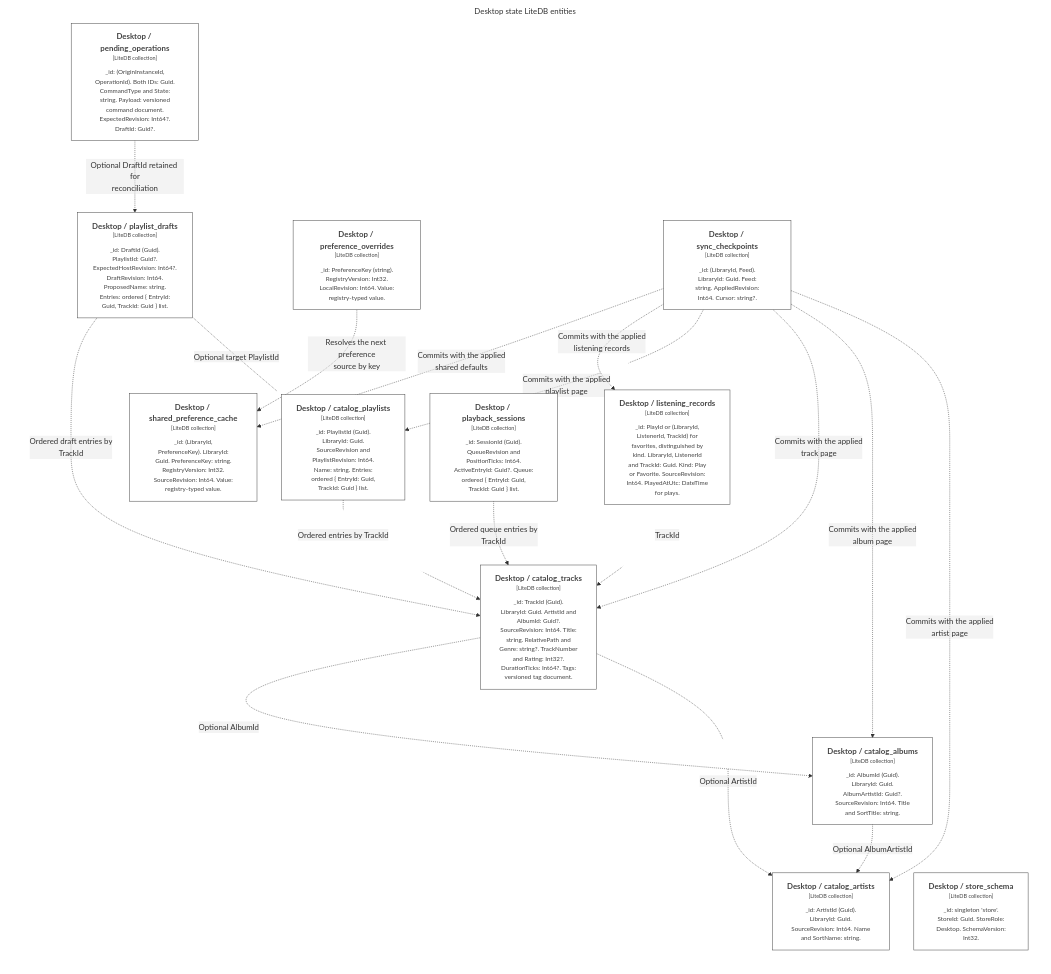
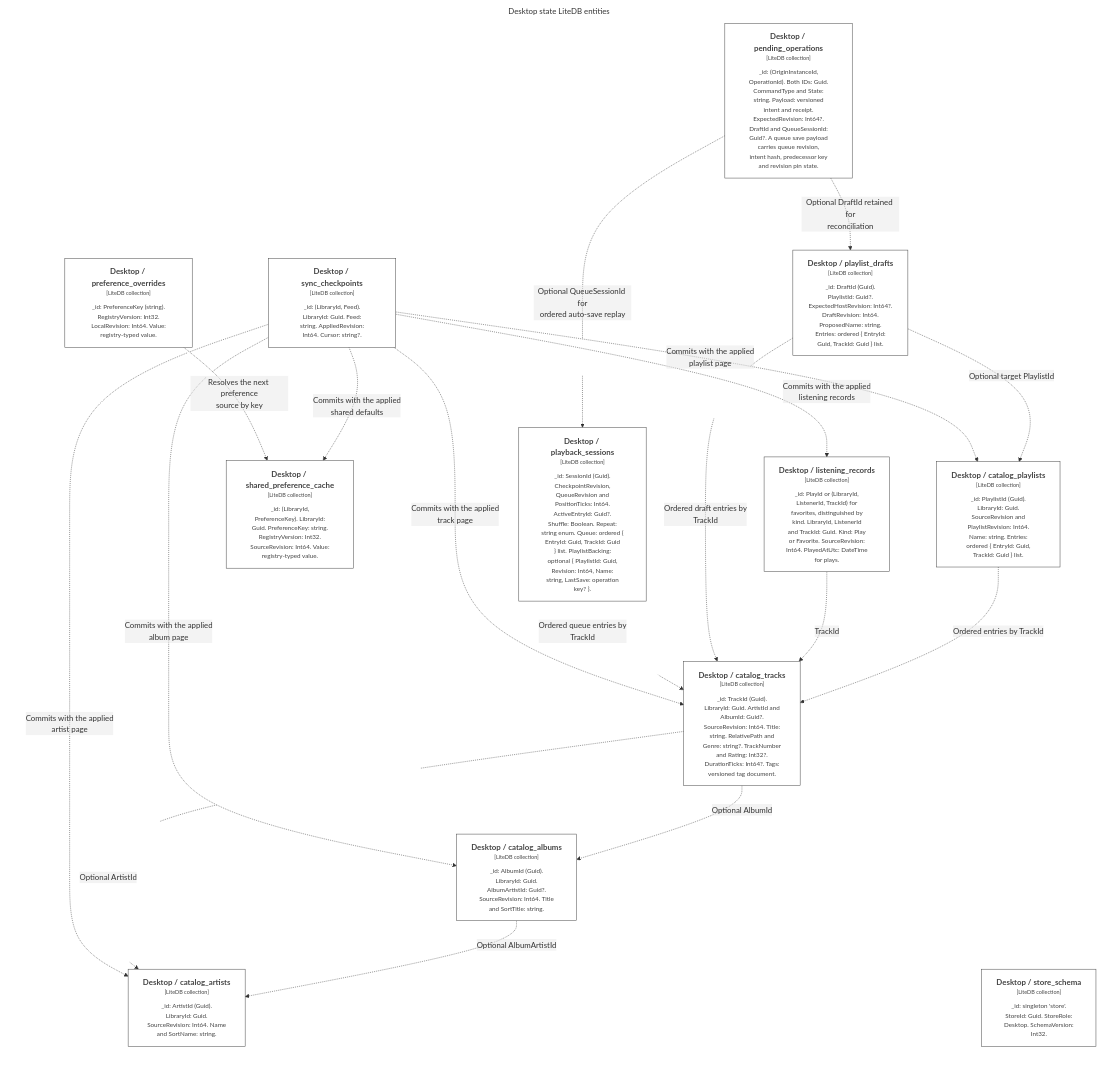
The fifth of 13 diagrams in docs/Project/wiki/github/C4-Views.md (sharpninja/beets-man), drawn with Mermaid before and after one commit. The commit also changed other lines of this file and 229 other files, not shown here.

First line of the commit message:
feat: checkpoint desktop library workflows

````diff
--- a/docs/Project/wiki/github/C4-Views.md
+++ b/docs/Project/wiki/github/C4-Views.md
@@ -254,51 +277,52 @@
 ```mermaid
 graph LR
   linkStyle default fill:#ffffff
 
   subgraph diagram ["Desktop state LiteDB entities"]
     style diagram fill:#ffffff,stroke:#ffffff
 
-    111["<div style='font-weight: bold'>Desktop / catalog_artists</div><div style='font-size: 70%; margin-top: 0px'>[LiteDB collection]</div><div style='font-size: 80%; margin-top:10px'>_id: ArtistId (Guid).<br />LibraryId: Guid.<br />SourceRevision: Int64. Name<br />and SortName: string.</div>"]
-    style 111 fill:#ffffff,stroke:#444444,color:#444444
-    112["<div style='font-weight: bold'>Desktop / catalog_albums</div><div style='font-size: 70%; margin-top: 0px'>[LiteDB collection]</div><div style='font-size: 80%; margin-top:10px'>_id: AlbumId (Guid).<br />LibraryId: Guid.<br />AlbumArtistId: Guid?.<br />SourceRevision: Int64. Title<br />and SortTitle: string.</div>"]
-    style 112 fill:#ffffff,stroke:#444444,color:#444444
-    113["<div style='font-weight: bold'>Desktop / catalog_tracks</div><div style='font-size: 70%; margin-top: 0px'>[LiteDB collection]</div><div style='font-size: 80%; margin-top:10px'>_id: TrackId (Guid).<br />LibraryId: Guid. ArtistId and<br />AlbumId: Guid?.<br />SourceRevision: Int64. Title:<br />string. RelativePath and<br />Genre: string?. TrackNumber<br />and Rating: Int32?.<br />DurationTicks: Int64?. Tags:<br />versioned tag document.</div>"]
-    style 113 fill:#ffffff,stroke:#444444,color:#444444
-    114["<div style='font-weight: bold'>Desktop / catalog_playlists</div><div style='font-size: 70%; margin-top: 0px'>[LiteDB collection]</div><div style='font-size: 80%; margin-top:10px'>_id: PlaylistId (Guid).<br />LibraryId: Guid.<br />SourceRevision and<br />PlaylistRevision: Int64.<br />Name: string. Entries:<br />ordered { EntryId: Guid,<br />TrackId: Guid } list.</div>"]
-    style 114 fill:#ffffff,stroke:#444444,color:#444444
-    115["<div style='font-weight: bold'>Desktop / listening_records</div><div style='font-size: 70%; margin-top: 0px'>[LiteDB collection]</div><div style='font-size: 80%; margin-top:10px'>_id: PlayId or (LibraryId,<br />ListenerId, TrackId) for<br />favorites, distinguished by<br />kind. LibraryId, ListenerId<br />and TrackId: Guid. Kind: Play<br />or Favorite. SourceRevision:<br />Int64. PlayedAtUtc: DateTime<br />for plays.</div>"]
-    style 115 fill:#ffffff,stroke:#444444,color:#444444
-    116["<div style='font-weight: bold'>Desktop / shared_preference_cache</div><div style='font-size: 70%; margin-top: 0px'>[LiteDB collection]</div><div style='font-size: 80%; margin-top:10px'>_id: (LibraryId,<br />PreferenceKey). LibraryId:<br />Guid. PreferenceKey: string.<br />RegistryVersion: Int32.<br />SourceRevision: Int64. Value:<br />registry-typed value.</div>"]
-    style 116 fill:#ffffff,stroke:#444444,color:#444444
-    117["<div style='font-weight: bold'>Desktop / playlist_drafts</div><div style='font-size: 70%; margin-top: 0px'>[LiteDB collection]</div><div style='font-size: 80%; margin-top:10px'>_id: DraftId (Guid).<br />PlaylistId: Guid?.<br />ExpectedHostRevision: Int64?.<br />DraftRevision: Int64.<br />ProposedName: string.<br />Entries: ordered { EntryId:<br />Guid, TrackId: Guid } list.</div>"]
-    style 117 fill:#ffffff,stroke:#444444,color:#444444
-    118["<div style='font-weight: bold'>Desktop / playback_sessions</div><div style='font-size: 70%; margin-top: 0px'>[LiteDB collection]</div><div style='font-size: 80%; margin-top:10px'>_id: SessionId (Guid).<br />QueueRevision and<br />PositionTicks: Int64.<br />ActiveEntryId: Guid?. Queue:<br />ordered { EntryId: Guid,<br />TrackId: Guid } list.</div>"]
-    style 118 fill:#ffffff,stroke:#444444,color:#444444
-    119["<div style='font-weight: bold'>Desktop / preference_overrides</div><div style='font-size: 70%; margin-top: 0px'>[LiteDB collection]</div><div style='font-size: 80%; margin-top:10px'>_id: PreferenceKey (string).<br />RegistryVersion: Int32.<br />LocalRevision: Int64. Value:<br />registry-typed value.</div>"]
-    style 119 fill:#ffffff,stroke:#444444,color:#444444
-    120["<div style='font-weight: bold'>Desktop / pending_operations</div><div style='font-size: 70%; margin-top: 0px'>[LiteDB collection]</div><div style='font-size: 80%; margin-top:10px'>_id: (OriginInstanceId,<br />OperationId). Both IDs: Guid.<br />CommandType and State:<br />string. Payload: versioned<br />command document.<br />ExpectedRevision: Int64?.<br />DraftId: Guid?.</div>"]
-    style 120 fill:#ffffff,stroke:#444444,color:#444444
-    121["<div style='font-weight: bold'>Desktop / sync_checkpoints</div><div style='font-size: 70%; margin-top: 0px'>[LiteDB collection]</div><div style='font-size: 80%; margin-top:10px'>_id: (LibraryId, Feed).<br />LibraryId: Guid. Feed:<br />string. AppliedRevision:<br />Int64. Cursor: string?.</div>"]
-    style 121 fill:#ffffff,stroke:#444444,color:#444444
-    122["<div style='font-weight: bold'>Desktop / store_schema</div><div style='font-size: 70%; margin-top: 0px'>[LiteDB collection]</div><div style='font-size: 80%; margin-top:10px'>_id: singleton 'store'.<br />StoreId: Guid. StoreRole:<br />Desktop. SchemaVersion:<br />Int32.</div>"]
-    style 122 fill:#ffffff,stroke:#444444,color:#444444
+    126["<div style='font-weight: bold'>Desktop / catalog_artists</div><div style='font-size: 70%; margin-top: 0px'>[LiteDB collection]</div><div style='font-size: 80%; margin-top:10px'>_id: ArtistId (Guid).<br />LibraryId: Guid.<br />SourceRevision: Int64. Name<br />and SortName: string.</div>"]
+    style 126 fill:#ffffff,stroke:#444444,color:#444444
+    127["<div style='font-weight: bold'>Desktop / catalog_albums</div><div style='font-size: 70%; margin-top: 0px'>[LiteDB collection]</div><div style='font-size: 80%; margin-top:10px'>_id: AlbumId (Guid).<br />LibraryId: Guid.<br />AlbumArtistId: Guid?.<br />SourceRevision: Int64. Title<br />and SortTitle: string.</div>"]
+    style 127 fill:#ffffff,stroke:#444444,color:#444444
+    128["<div style='font-weight: bold'>Desktop / catalog_tracks</div><div style='font-size: 70%; margin-top: 0px'>[LiteDB collection]</div><div style='font-size: 80%; margin-top:10px'>_id: TrackId (Guid).<br />LibraryId: Guid. ArtistId and<br />AlbumId: Guid?.<br />SourceRevision: Int64. Title:<br />string. RelativePath and<br />Genre: string?. TrackNumber<br />and Rating: Int32?.<br />DurationTicks: Int64?. Tags:<br />versioned tag document.</div>"]
+    style 128 fill:#ffffff,stroke:#444444,color:#444444
+    129["<div style='font-weight: bold'>Desktop / catalog_playlists</div><div style='font-size: 70%; margin-top: 0px'>[LiteDB collection]</div><div style='font-size: 80%; margin-top:10px'>_id: PlaylistId (Guid).<br />LibraryId: Guid.<br />SourceRevision and<br />PlaylistRevision: Int64.<br />Name: string. Entries:<br />ordered { EntryId: Guid,<br />TrackId: Guid } list.</div>"]
+    style 129 fill:#ffffff,stroke:#444444,color:#444444
+    130["<div style='font-weight: bold'>Desktop / listening_records</div><div style='font-size: 70%; margin-top: 0px'>[LiteDB collection]</div><div style='font-size: 80%; margin-top:10px'>_id: PlayId or (LibraryId,<br />ListenerId, TrackId) for<br />favorites, distinguished by<br />kind. LibraryId, ListenerId<br />and TrackId: Guid. Kind: Play<br />or Favorite. SourceRevision:<br />Int64. PlayedAtUtc: DateTime<br />for plays.</div>"]
+    style 130 fill:#ffffff,stroke:#444444,color:#444444
+    131["<div style='font-weight: bold'>Desktop / shared_preference_cache</div><div style='font-size: 70%; margin-top: 0px'>[LiteDB collection]</div><div style='font-size: 80%; margin-top:10px'>_id: (LibraryId,<br />PreferenceKey). LibraryId:<br />Guid. PreferenceKey: string.<br />RegistryVersion: Int32.<br />SourceRevision: Int64. Value:<br />registry-typed value.</div>"]
+    style 131 fill:#ffffff,stroke:#444444,color:#444444
+    132["<div style='font-weight: bold'>Desktop / playlist_drafts</div><div style='font-size: 70%; margin-top: 0px'>[LiteDB collection]</div><div style='font-size: 80%; margin-top:10px'>_id: DraftId (Guid).<br />PlaylistId: Guid?.<br />ExpectedHostRevision: Int64?.<br />DraftRevision: Int64.<br />ProposedName: string.<br />Entries: ordered { EntryId:<br />Guid, TrackId: Guid } list.</div>"]
+    style 132 fill:#ffffff,stroke:#444444,color:#444444
+    133["<div style='font-weight: bold'>Desktop / playback_sessions</div><div style='font-size: 70%; margin-top: 0px'>[LiteDB collection]</div><div style='font-size: 80%; margin-top:10px'>_id: SessionId (Guid).<br />CheckpointRevision,<br />QueueRevision and<br />PositionTicks: Int64.<br />ActiveEntryId: Guid?.<br />Shuffle: Boolean. Repeat:<br />string enum. Queue: ordered {<br />EntryId: Guid, TrackId: Guid<br />} list. PlaylistBacking:<br />optional { PlaylistId: Guid,<br />Revision: Int64, Name:<br />string, LastSave: operation<br />key? }.</div>"]
+    style 133 fill:#ffffff,stroke:#444444,color:#444444
+    134["<div style='font-weight: bold'>Desktop / preference_overrides</div><div style='font-size: 70%; margin-top: 0px'>[LiteDB collection]</div><div style='font-size: 80%; margin-top:10px'>_id: PreferenceKey (string).<br />RegistryVersion: Int32.<br />LocalRevision: Int64. Value:<br />registry-typed value.</div>"]
+    style 134 fill:#ffffff,stroke:#444444,color:#444444
+    135["<div style='font-weight: bold'>Desktop / pending_operations</div><div style='font-size: 70%; margin-top: 0px'>[LiteDB collection]</div><div style='font-size: 80%; margin-top:10px'>_id: (OriginInstanceId,<br />OperationId). Both IDs: Guid.<br />CommandType and State:<br />string. Payload: versioned<br />intent and receipt.<br />ExpectedRevision: Int64?.<br />DraftId and QueueSessionId:<br />Guid?. A queue save payload<br />carries queue revision,<br />intent hash, predecessor key<br />and revision pin state.</div>"]
+    style 135 fill:#ffffff,stroke:#444444,color:#444444
+    136["<div style='font-weight: bold'>Desktop / sync_checkpoints</div><div style='font-size: 70%; margin-top: 0px'>[LiteDB collection]</div><div style='font-size: 80%; margin-top:10px'>_id: (LibraryId, Feed).<br />LibraryId: Guid. Feed:<br />string. AppliedRevision:<br />Int64. Cursor: string?.</div>"]
+    style 136 fill:#ffffff,stroke:#444444,color:#444444
+    137["<div style='font-weight: bold'>Desktop / store_schema</div><div style='font-size: 70%; margin-top: 0px'>[LiteDB collection]</div><div style='font-size: 80%; margin-top:10px'>_id: singleton 'store'.<br />StoreId: Guid. StoreRole:<br />Desktop. SchemaVersion:<br />Int32.</div>"]
+    style 137 fill:#ffffff,stroke:#444444,color:#444444
 
-    112-. "<div>Optional AlbumArtistId</div><div style='font-size: 70%'></div>" .->111
-    113-. "<div>Optional ArtistId</div><div style='font-size: 70%'></div>" .->111
-    113-. "<div>Optional AlbumId</div><div style='font-size: 70%'></div>" .->112
-    114-. "<div>Ordered entries by TrackId</div><div style='font-size: 70%'></div>" .->113
-    115-. "<div>TrackId</div><div style='font-size: 70%'></div>" .->113
-    117-. "<div>Optional target PlaylistId</div><div style='font-size: 70%'></div>" .->114
-    117-. "<div>Ordered draft entries by<br />TrackId</div><div style='font-size: 70%'></div>" .->113
-    118-. "<div>Ordered queue entries by<br />TrackId</div><div style='font-size: 70%'></div>" .->113
-    120-. "<div>Optional DraftId retained for<br />reconciliation</div><div style='font-size: 70%'></div>" .->117
-    121-. "<div>Commits with the applied<br />artist page</div><div style='font-size: 70%'></div>" .->111
-    121-. "<div>Commits with the applied<br />album page</div><div style='font-size: 70%'></div>" .->112
-    121-. "<div>Commits with the applied<br />track page</div><div style='font-size: 70%'></div>" .->113
-    121-. "<div>Commits with the applied<br />playlist page</div><div style='font-size: 70%'></div>" .->114
-    121-. "<div>Commits with the applied<br />listening records</div><div style='font-size: 70%'></div>" .->115
-    121-. "<div>Commits with the applied<br />shared defaults</div><div style='font-size: 70%'></div>" .->116
-    119-. "<div>Resolves the next preference<br />source by key</div><div style='font-size: 70%'></div>" .->116
+    127-. "<div>Optional AlbumArtistId</div><div style='font-size: 70%'></div>" .->126
+    128-. "<div>Optional ArtistId</div><div style='font-size: 70%'></div>" .->126
+    128-. "<div>Optional AlbumId</div><div style='font-size: 70%'></div>" .->127
+    129-. "<div>Ordered entries by TrackId</div><div style='font-size: 70%'></div>" .->128
+    130-. "<div>TrackId</div><div style='font-size: 70%'></div>" .->128
+    132-. "<div>Optional target PlaylistId</div><div style='font-size: 70%'></div>" .->129
+    132-. "<div>Ordered draft entries by<br />TrackId</div><div style='font-size: 70%'></div>" .->128
+    133-. "<div>Ordered queue entries by<br />TrackId</div><div style='font-size: 70%'></div>" .->128
+    135-. "<div>Optional DraftId retained for<br />reconciliation</div><div style='font-size: 70%'></div>" .->132
+    135-. "<div>Optional QueueSessionId for<br />ordered auto-save replay</div><div style='font-size: 70%'></div>" .->133
+    136-. "<div>Commits with the applied<br />artist page</div><div style='font-size: 70%'></div>" .->126
+    136-. "<div>Commits with the applied<br />album page</div><div style='font-size: 70%'></div>" .->127
+    136-. "<div>Commits with the applied<br />track page</div><div style='font-size: 70%'></div>" .->128
+    136-. "<div>Commits with the applied<br />playlist page</div><div style='font-size: 70%'></div>" .->129
+    136-. "<div>Commits with the applied<br />listening records</div><div style='font-size: 70%'></div>" .->130
+    136-. "<div>Commits with the applied<br />shared defaults</div><div style='font-size: 70%'></div>" .->131
+    134-. "<div>Resolves the next preference<br />source by key</div><div style='font-size: 70%'></div>" .->131
 
   end
 ```
````
